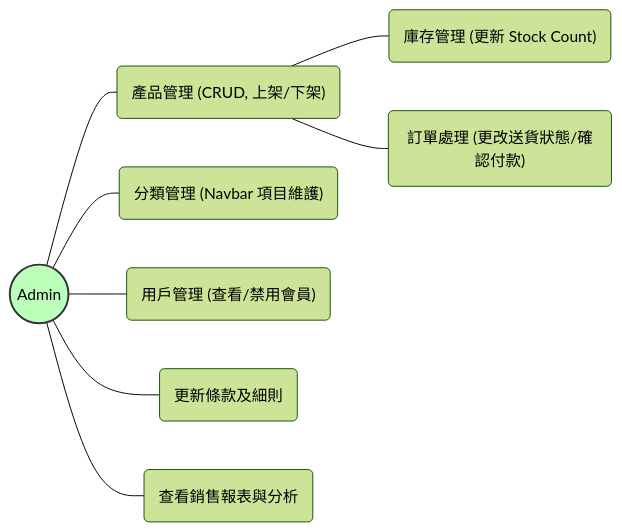
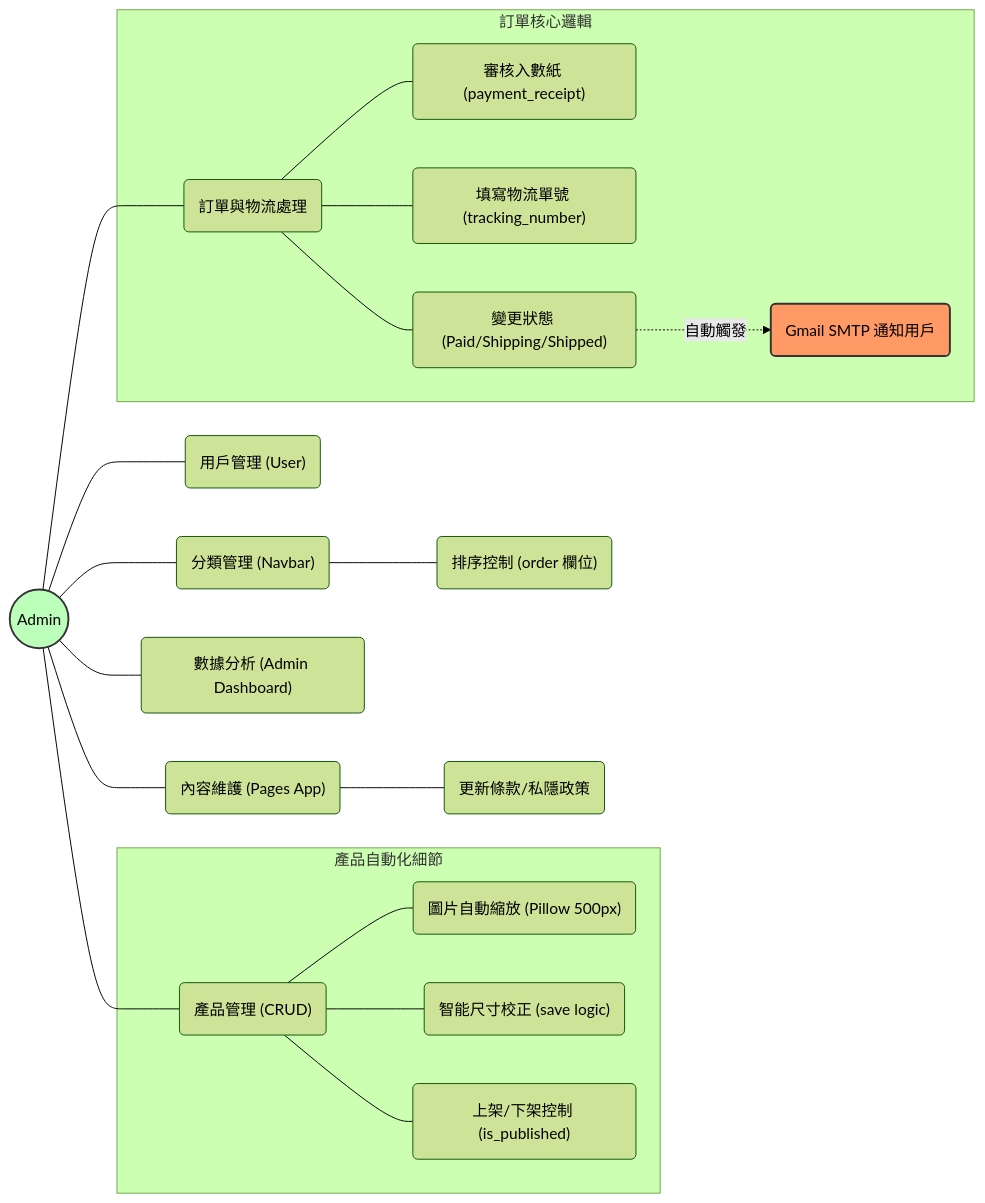
The fourth of 8 diagrams in python_django_project/UML_of_e-commerce.md (OscarLoOscar/django_ecommerce), drawn with Mermaid (forest theme) before and after one commit. The commit also changed other lines of this file and 10 other files, not shown here.

Commit message:
update UML ,README

````diff
--- a/python_django_project/UML_of_e-commerce.md
+++ b/python_django_project/UML_of_e-commerce.md
@@ -125,12 +154,29 @@
 ```mermaid
 graph LR
-    A((Admin)) --- UC13("產品管理 (CRUD, 上架/下架)")
-    UC13 --- UC14("庫存管理 (更新 Stock Count)")
-    A --- UC15("分類管理 (Navbar 項目維護)")
-    UC13 --- UC16("訂單處理 (更改送貨狀態/確認付款)")
-    A --- UC17("用戶管理 (查看/禁用會員)")
-    A --- UC18("更新條款及細則")
-    A --- UC_RPT(查看銷售報表與分析)
+    A((Admin)) --- UC13("產品管理 (CRUD)")
+    subgraph Product_Detail [產品自動化細節]
+        UC13 --- UC13_1("圖片自動縮放 (Pillow 500px)")
+        UC13 --- UC13_2("智能尺寸校正 (save logic)")
+        UC13 --- UC13_3("上架/下架控制 (is_published)")
+    end
+
+    A --- UC15("分類管理 (Navbar)")
+    UC15 --- UC15_1("排序控制 (order 欄位)")
+
+    A --- UC16("訂單與物流處理")
+    subgraph Order_Workflow [訂單核心邏輯]
+        UC16 --- UC16_1("審核入數紙 (payment_receipt)")
+        UC16 --- UC16_2("填寫物流單號 (tracking_number)")
+        UC16 --- UC16_3("變更狀態 (Paid/Shipping/Shipped)")
+        UC16_3 -.->|自動觸發| UC_MAIL("Gmail SMTP 通知用戶")
+    end
+
+    A --- UC17("用戶管理 (User)")
+    A --- UC18("內容維護 (Pages App)")
+    UC18 --- UC18_1("更新條款/私隱政策")
+
+    A --- UC_RPT("數據分析 (Admin Dashboard)")
 
     style A fill:#bfb,stroke:#333,stroke-width:2px
+    style UC_MAIL fill:#f96,stroke:#333,stroke-width:2px
 ```
````
